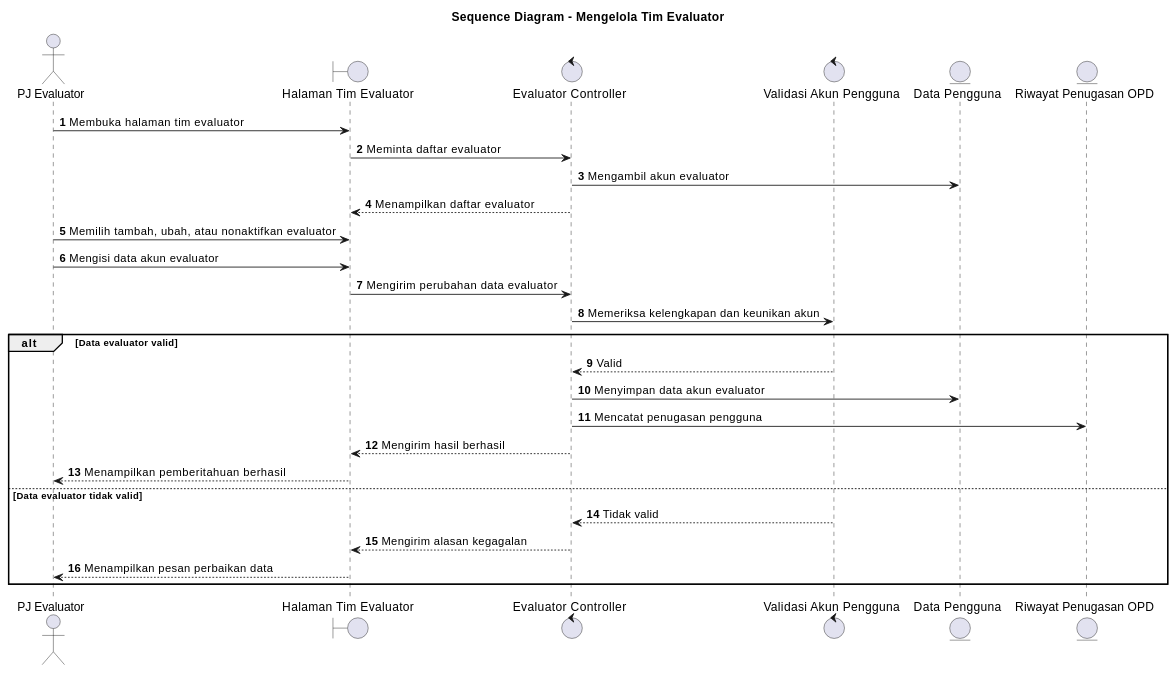
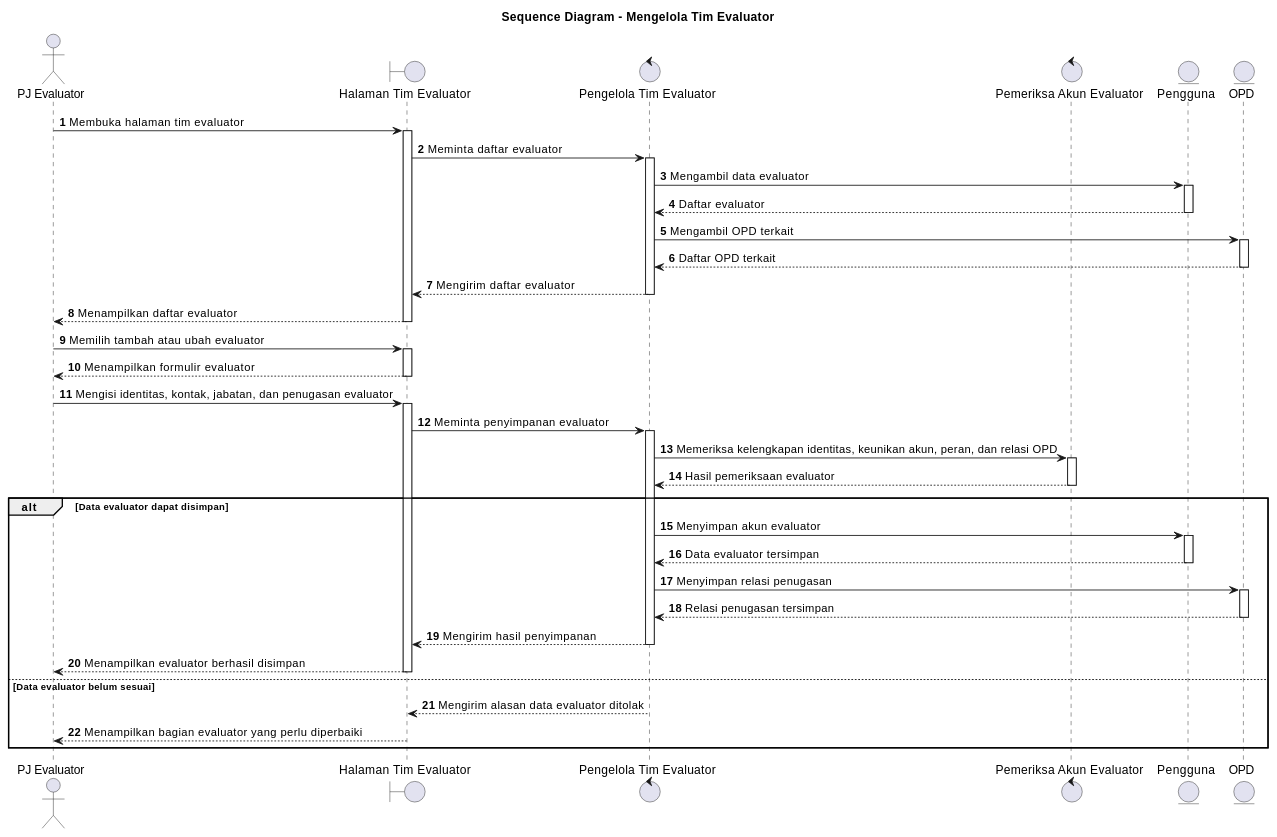
The diagram in docs/sequence/lampiran/pj-evaluator-mengelola-tim-evaluator.md (howlil/sop-generate-app), drawn with PlantUML before and after one commit. The commit also changed other lines of this file and 90 other files, not shown here.

````diff
--- a/docs/sequence/lampiran/pj-evaluator-mengelola-tim-evaluator.md
+++ b/docs/sequence/lampiran/pj-evaluator-mengelola-tim-evaluator.md
@@ -16,36 +16,42 @@
 ```plantuml
 @startuml
 title Sequence Diagram - Mengelola Tim Evaluator
 autonumber
+autoactivate on
 
-actor "PJ Evaluator" as Aktor
-boundary "Halaman Tim Evaluator" as UI
-control "Evaluator Controller" as EvalUserCtrl
-control "Validasi Akun Pengguna" as Validasi
-entity "Data Pengguna" as Pengguna
-entity "Riwayat Penugasan OPD" as RiwayatOPD
+actor "PJ Evaluator" as A
+boundary "Halaman Tim Evaluator" as B
+control "Pengelola Tim Evaluator" as C
+control "Pemeriksa Akun Evaluator" as D
+entity "Pengguna" as Pengguna
+entity "OPD" as OPD
 
-Aktor -> UI : Membuka halaman tim evaluator
-UI -> EvalUserCtrl : Meminta daftar evaluator
-EvalUserCtrl -> Pengguna : Mengambil akun evaluator
-EvalUserCtrl --> UI : Menampilkan daftar evaluator
+A -> B : Membuka halaman tim evaluator
+B -> C : Meminta daftar evaluator
+C -> Pengguna : Mengambil data evaluator
+Pengguna --> C : Daftar evaluator
+C -> OPD : Mengambil OPD terkait
+OPD --> C : Daftar OPD terkait
+C --> B : Mengirim daftar evaluator
+B --> A : Menampilkan daftar evaluator
 
-Aktor -> UI : Memilih tambah, ubah, atau nonaktifkan evaluator
-Aktor -> UI : Mengisi data akun evaluator
-UI -> EvalUserCtrl : Mengirim perubahan data evaluator
-EvalUserCtrl -> Validasi : Memeriksa kelengkapan dan keunikan akun
-
-alt Data evaluator valid
-  Validasi --> EvalUserCtrl : Valid
-  EvalUserCtrl -> Pengguna : Menyimpan data akun evaluator
-  EvalUserCtrl -> RiwayatOPD : Mencatat penugasan pengguna
-  EvalUserCtrl --> UI : Mengirim hasil berhasil
-  UI --> Aktor : Menampilkan pemberitahuan berhasil
-else Data evaluator tidak valid
-  Validasi --> EvalUserCtrl : Tidak valid
-  EvalUserCtrl --> UI : Mengirim alasan kegagalan
-  UI --> Aktor : Menampilkan pesan perbaikan data
+A -> B : Memilih tambah atau ubah evaluator
+B --> A : Menampilkan formulir evaluator
+A -> B : Mengisi identitas, kontak, jabatan, dan penugasan evaluator
+B -> C : Meminta penyimpanan evaluator
+C -> D : Memeriksa kelengkapan identitas, keunikan akun, peran, dan relasi OPD
+D --> C : Hasil pemeriksaan evaluator
+alt Data evaluator dapat disimpan
+  C -> Pengguna : Menyimpan akun evaluator
+  Pengguna --> C : Data evaluator tersimpan
+  C -> OPD : Menyimpan relasi penugasan
+  OPD --> C : Relasi penugasan tersimpan
+  C --> B : Mengirim hasil penyimpanan
+  B --> A : Menampilkan evaluator berhasil disimpan
+else Data evaluator belum sesuai
+  C --> B : Mengirim alasan data evaluator ditolak
+  B --> A : Menampilkan bagian evaluator yang perlu diperbaiki
 end
 
 @enduml
 ```
````
